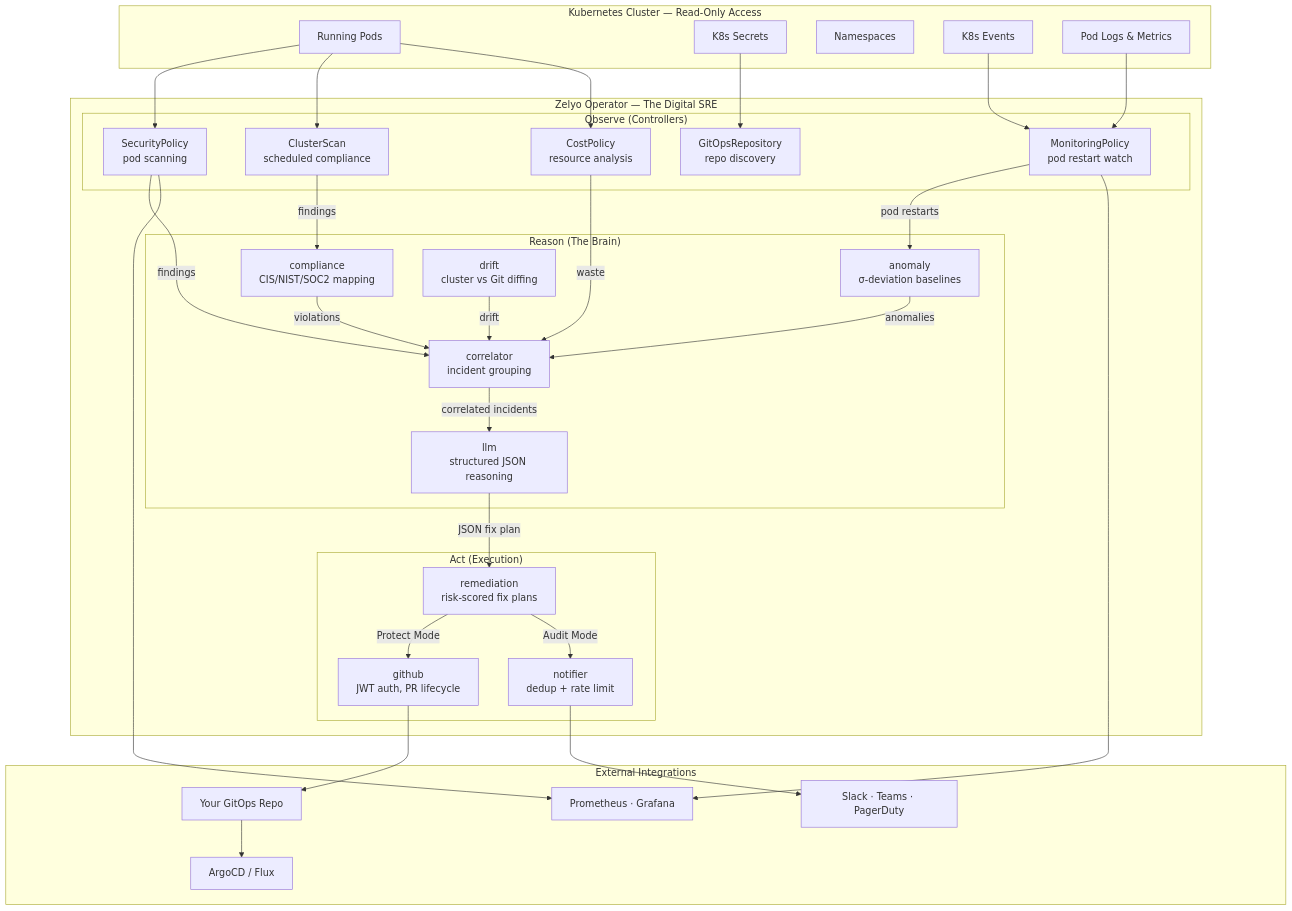
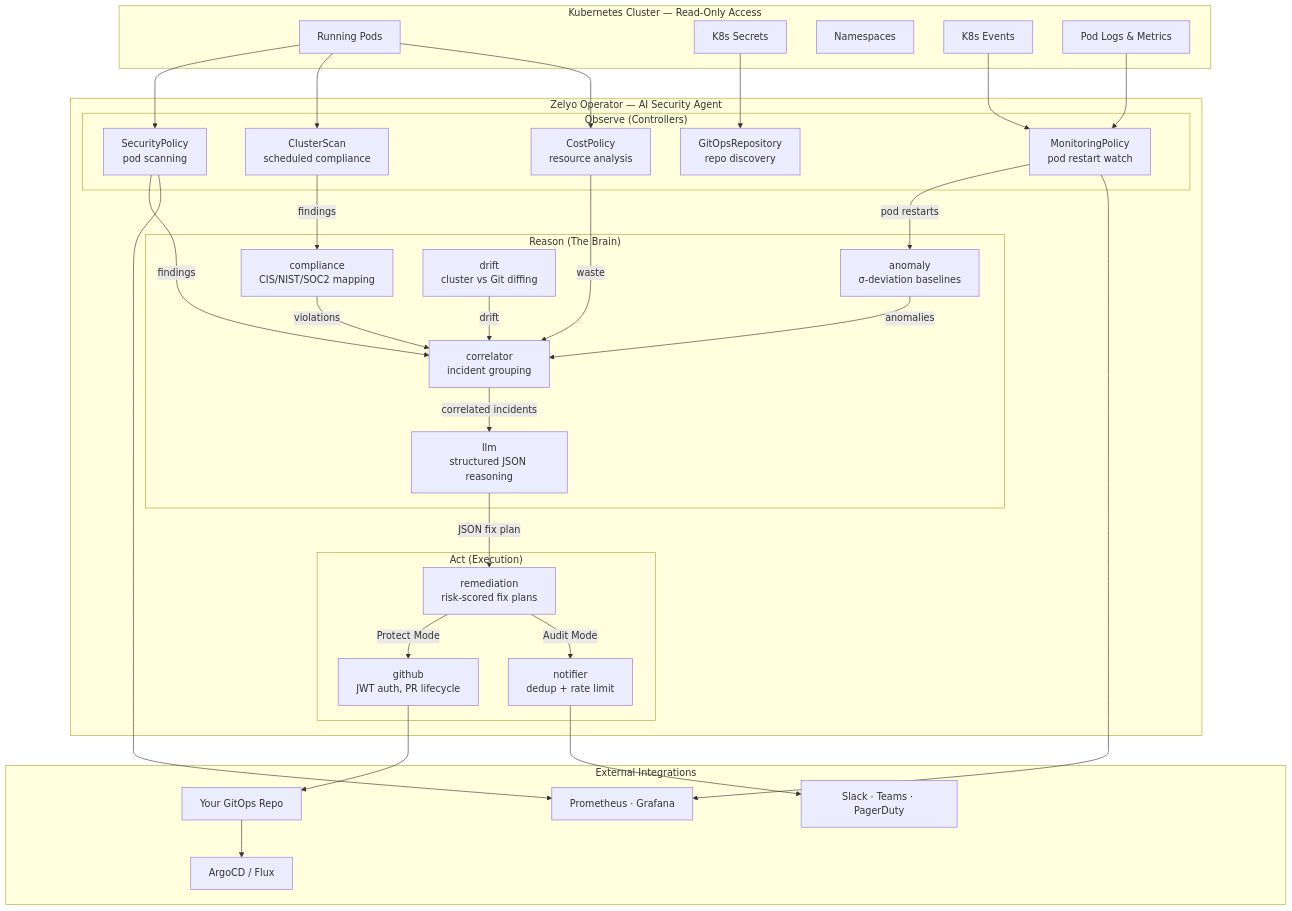
Before and after one commit to aotanami/aotanami: the first of 2 diagrams in docs/architecture.md, drawn with Mermaid. The commit also changed other lines of this file and 10 other files, not shown here.

Commit message:
refactor: rebrand Zelyo operator as an autonomous AI security agent with a Detect-Correlate-Fix pipeline (#63)

````diff
--- a/docs/architecture.md
+++ b/docs/architecture.md
@@ -28,63 +28,63 @@
 ```mermaid
 graph TB
     subgraph "Kubernetes Cluster — Read-Only Access"
         Pods[Running Pods]
         Secrets[K8s Secrets]
         NS[Namespaces]
         Events[K8s Events]
         Logs[Pod Logs & Metrics]
     end
 
-    subgraph "Zelyo Operator — The Digital SRE"
+    subgraph "Zelyo Operator — AI Security Agent"
         subgraph "Observe (Controllers)"
             SecPolCtrl["SecurityPolicy<br/>pod scanning"]
             MonCtrl["MonitoringPolicy<br/>pod restart watch"]
             ScanCtrl["ClusterScan<br/>scheduled compliance"]
             CostCtrl["CostPolicy<br/>resource analysis"]
             GitCtrl["GitOpsRepository<br/>repo discovery"]
         end
 
         subgraph "Reason (The Brain)"
             AD["anomaly<br/>σ-deviation baselines"]
             CE["correlator<br/>incident grouping"]
             CF["compliance<br/>CIS/NIST/SOC2 mapping"]
             LD["drift<br/>cluster vs Git diffing"]
             LLM["llm<br/>structured JSON reasoning"]
         end
 
         subgraph "Act (Execution)"
             RE["remediation<br/>risk-scored fix plans"]
             GH["github<br/>JWT auth, PR lifecycle"]
             NF["notifier<br/>dedup + rate limit"]
         end
     end
 
     subgraph "External Integrations"
         GitHub["Your GitOps Repo"]
         Alerts["Slack · Teams · PagerDuty"]
         Prometheus["Prometheus · Grafana"]
         ArgoFlux["ArgoCD / Flux"]
     end
 
     Pods --> SecPolCtrl & ScanCtrl & CostCtrl
     Events & Logs --> MonCtrl
     Secrets --> GitCtrl
 
     SecPolCtrl -->|findings| CE
     MonCtrl -->|pod restarts| AD
     ScanCtrl -->|findings| CF
     AD -->|anomalies| CE
     CF -->|violations| CE
     CostCtrl -->|waste| CE
     LD -->|drift| CE
 
     CE -->|correlated incidents| LLM
     LLM -->|JSON fix plan| RE
 
     RE -->|Protect Mode| GH
     RE -->|Audit Mode| NF
     GH --> GitHub
     GitHub --> ArgoFlux
     NF --> Alerts
     SecPolCtrl & MonCtrl --> Prometheus
 ```
````
